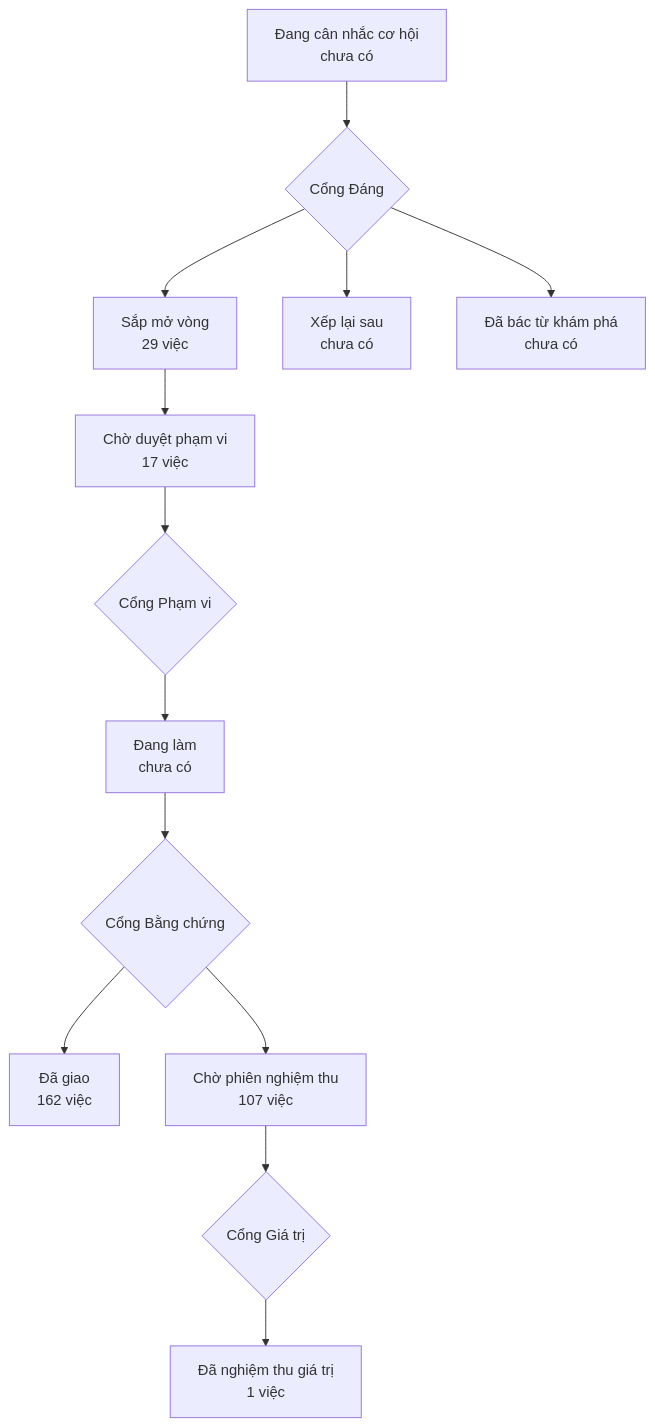
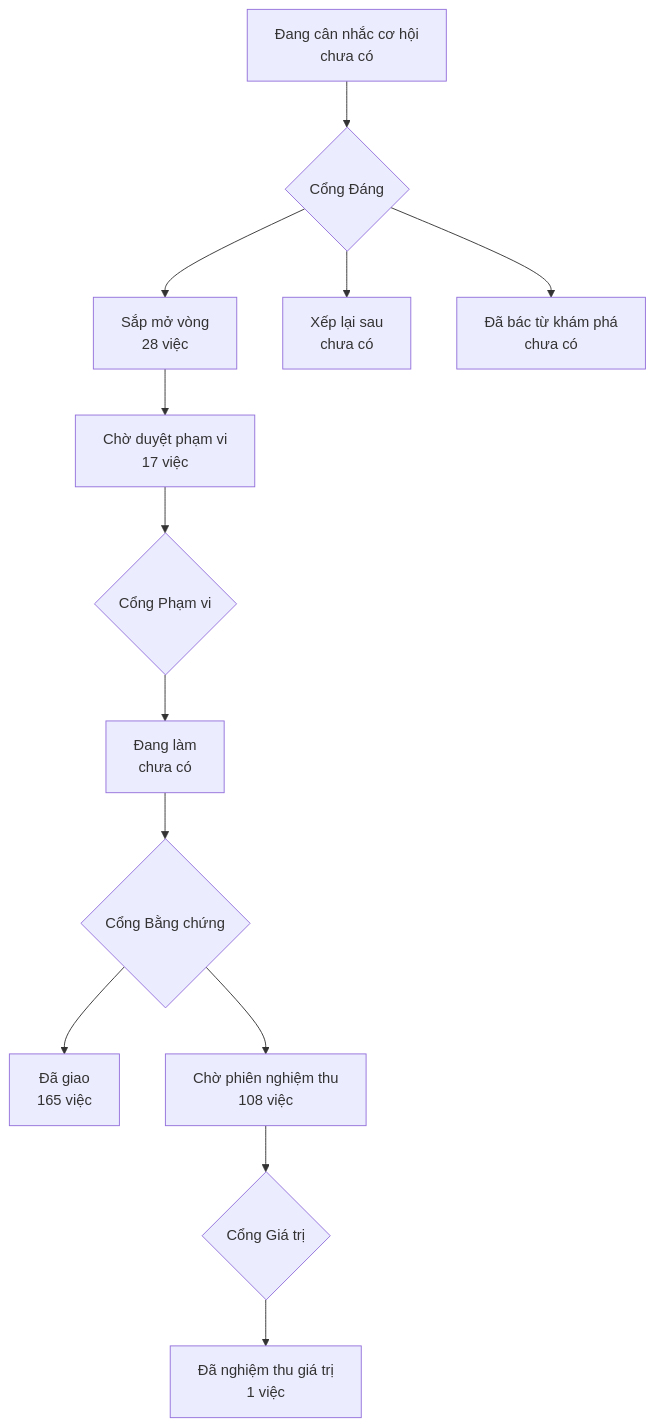
One commit to phanlemanh/onehub-invest changed the diagram in PRODUCT-MAP.md. Above: the diagram before and after it, drawn with Mermaid. The commit also changed other lines of this file and 1 other file, not shown here.

Commit message:
chore(acceptance): vẽ lại bản đồ sản phẩm sau khi gộp main

````diff
--- a/PRODUCT-MAP.md
+++ b/PRODUCT-MAP.md
@@ -7,12 +7,12 @@
 ```mermaid
 flowchart TD
   A["Đang cân nhắc cơ hội<br/>chưa có"] --> GD{"Cổng Đáng"}
-  GD --> B["Sắp mở vòng<br/>29 việc"]
+  GD --> B["Sắp mở vòng<br/>28 việc"]
   GD --> XL["Xếp lại sau<br/>chưa có"]
   GD --> DB["Đã bác từ khám phá<br/>chưa có"]
   B --> CD["Chờ duyệt phạm vi<br/>17 việc"] --> GP{"Cổng Phạm vi"}
   GP --> DL["Đang làm<br/>chưa có"] --> GB{"Cổng Bằng chứng"}
-  GB --> DG["Đã giao<br/>162 việc"]
-  GB --> CN["Chờ phiên nghiệm thu<br/>107 việc"] --> GG{"Cổng Giá trị"}
+  GB --> DG["Đã giao<br/>165 việc"]
+  GB --> CN["Chờ phiên nghiệm thu<br/>108 việc"] --> GG{"Cổng Giá trị"}
   GG --> NT["Đã nghiệm thu giá trị<br/>1 việc"]
 ```
````
